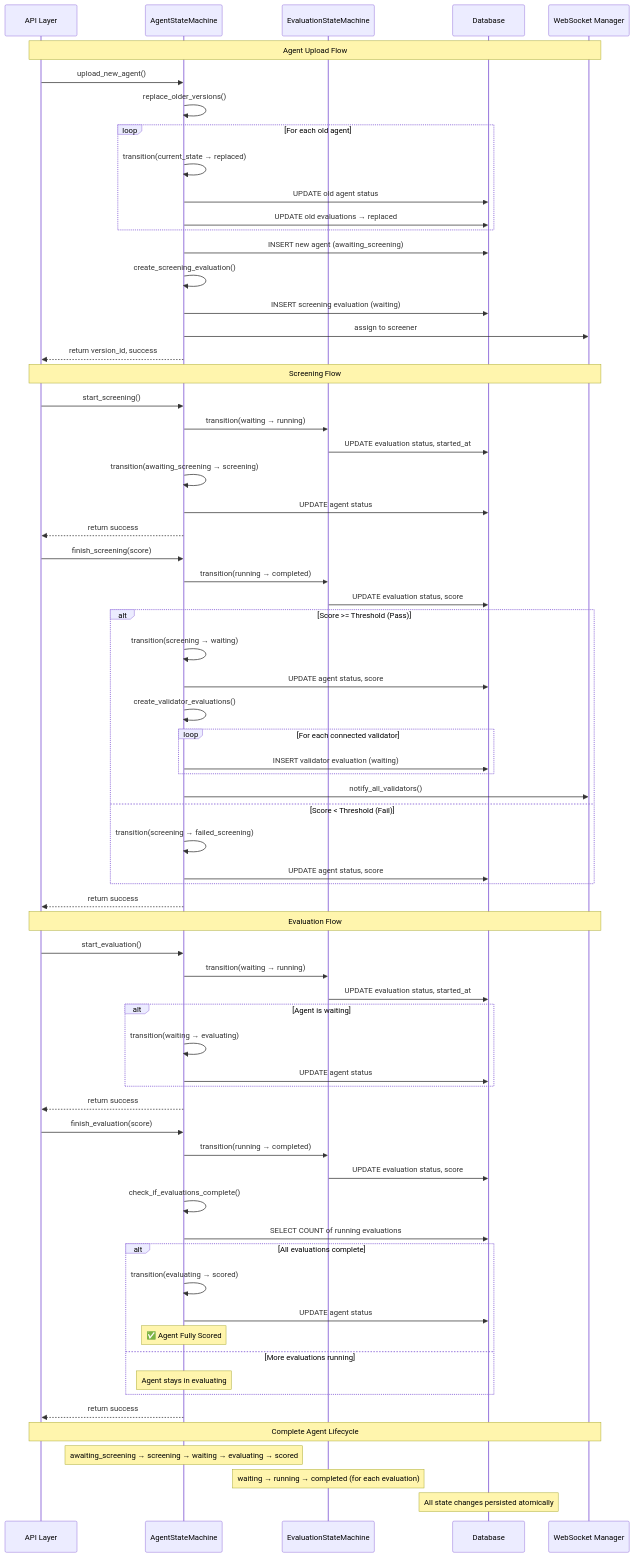
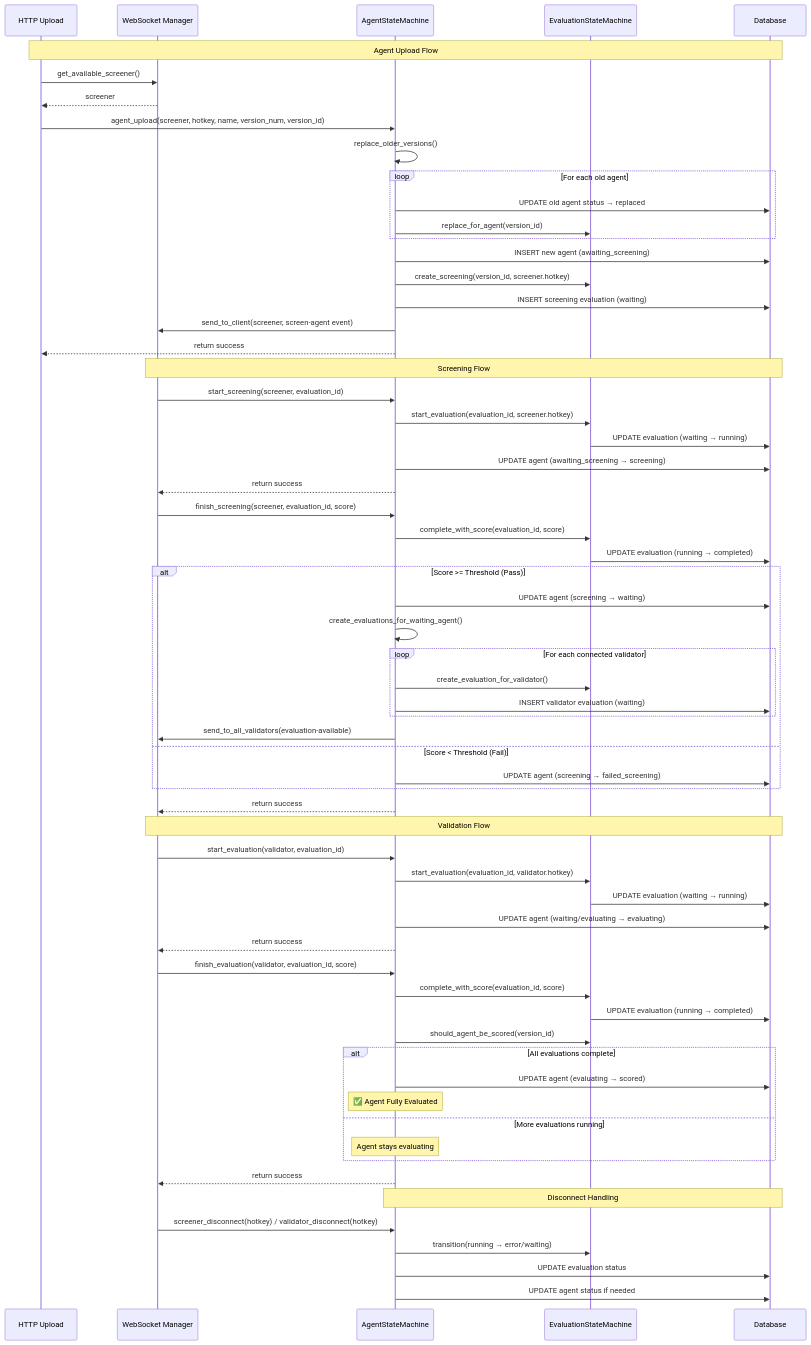
Before and after one commit to tao-hunter/ridges_local: the diagram in api/src/backend/README_state_machine.md, drawn with Mermaid. The commit also changed other lines of this file and 7 other files, not shown here.

````diff
--- a/api/src/backend/README_state_machine.md
+++ b/api/src/backend/README_state_machine.md
@@ -3,78 +3,73 @@
 ```mermaid
 sequenceDiagram
-    participant API as API Layer
+    participant API as HTTP Upload
+    participant WS as WebSocket Manager
     participant AM as AgentStateMachine
     participant EM as EvaluationStateMachine
     participant DB as Database
-    participant WS as WebSocket Manager
     
-    Note over API,WS: Agent Upload Flow
-    API->>AM: upload_new_agent()
+    Note over API,DB: Agent Upload Flow
+    API->>WS: get_available_screener()
+    WS-->>API: screener
+    API->>AM: agent_upload(screener, hotkey, name, version_num, version_id)
     AM->>AM: replace_older_versions()
     loop For each old agent
-        AM->>AM: transition(current_state → replaced)
-        AM->>DB: UPDATE old agent status
-        AM->>DB: UPDATE old evaluations → replaced
+        AM->>DB: UPDATE old agent status → replaced
+        AM->>EM: replace_for_agent(version_id)
     end
     AM->>DB: INSERT new agent (awaiting_screening)
-    AM->>AM: create_screening_evaluation()
+    AM->>EM: create_screening(version_id, screener.hotkey)
     AM->>DB: INSERT screening evaluation (waiting)
-    AM->>WS: assign to screener
-    AM-->>API: return version_id, success
-    
-    Note over API,WS: Screening Flow
-    API->>AM: start_screening()
-    AM->>EM: transition(waiting → running)
-    EM->>DB: UPDATE evaluation status, started_at
-    AM->>AM: transition(awaiting_screening → screening)
-    AM->>DB: UPDATE agent status
+    AM->>WS: send_to_client(screener, screen-agent event)
     AM-->>API: return success
     
-    API->>AM: finish_screening(score)
-    AM->>EM: transition(running → completed)
-    EM->>DB: UPDATE evaluation status, score
+    Note over WS,DB: Screening Flow
+    WS->>AM: start_screening(screener, evaluation_id)
+    AM->>EM: start_evaluation(evaluation_id, screener.hotkey)
+    EM->>DB: UPDATE evaluation (waiting → running)
+    AM->>DB: UPDATE agent (awaiting_screening → screening)
+    AM-->>WS: return success
+    
+    WS->>AM: finish_screening(screener, evaluation_id, score)
+    AM->>EM: complete_with_score(evaluation_id, score)
+    EM->>DB: UPDATE evaluation (running → completed)
     
     alt Score >= Threshold (Pass)
-        AM->>AM: transition(screening → waiting)
-        AM->>DB: UPDATE agent status, score
-        AM->>AM: create_validator_evaluations()
+        AM->>DB: UPDATE agent (screening → waiting)
+        AM->>AM: create_evaluations_for_waiting_agent()
         loop For each connected validator
+            AM->>EM: create_evaluation_for_validator()
             AM->>DB: INSERT validator evaluation (waiting)
         end
-        AM->>WS: notify_all_validators()
+        AM->>WS: send_to_all_validators(evaluation-available)
     else Score < Threshold (Fail)
-        AM->>AM: transition(screening → failed_screening)
-        AM->>DB: UPDATE agent status, score
+        AM->>DB: UPDATE agent (screening → failed_screening)
     end
-    AM-->>API: return success
+    AM-->>WS: return success
     
-    Note over API,WS: Evaluation Flow
-    API->>AM: start_evaluation()
-    AM->>EM: transition(waiting → running)
-    EM->>DB: UPDATE evaluation status, started_at
-    alt Agent is waiting
-        AM->>AM: transition(waiting → evaluating)
-        AM->>DB: UPDATE agent status
-    end
-    AM-->>API: return success
+    Note over WS,DB: Validation Flow
+    WS->>AM: start_evaluation(validator, evaluation_id)
+    AM->>EM: start_evaluation(evaluation_id, validator.hotkey)
+    EM->>DB: UPDATE evaluation (waiting → running)
+    AM->>DB: UPDATE agent (waiting/evaluating → evaluating)
+    AM-->>WS: return success
     
-    API->>AM: finish_evaluation(score)
-    AM->>EM: transition(running → completed)
-    EM->>DB: UPDATE evaluation status, score
-    AM->>AM: check_if_evaluations_complete()
-    AM->>DB: SELECT COUNT of running evaluations
+    WS->>AM: finish_evaluation(validator, evaluation_id, score)
+    AM->>EM: complete_with_score(evaluation_id, score)
+    EM->>DB: UPDATE evaluation (running → completed)
+    AM->>EM: should_agent_be_scored(version_id)
     
     alt All evaluations complete
-        AM->>AM: transition(evaluating → scored)
-        AM->>DB: UPDATE agent status
-        Note over AM: ✅ Agent Fully Scored
+        AM->>DB: UPDATE agent (evaluating → scored)
+        Note over AM: ✅ Agent Fully Evaluated
     else More evaluations running
-        Note over AM: Agent stays in evaluating
+        Note over AM: Agent stays evaluating
     end
-    AM-->>API: return success
+    AM-->>WS: return success
     
-    Note over API,WS: Complete Agent Lifecycle
-    Note over AM: awaiting_screening → screening → waiting → evaluating → scored
-    Note over EM: waiting → running → completed (for each evaluation)
-    Note over DB: All state changes persisted atomically
+    Note over AM,DB: Disconnect Handling
+    WS->>AM: screener_disconnect(hotkey) / validator_disconnect(hotkey)
+    AM->>EM: transition(running → error/waiting)
+    AM->>DB: UPDATE evaluation status
+    AM->>DB: UPDATE agent status if needed
 ```
````
